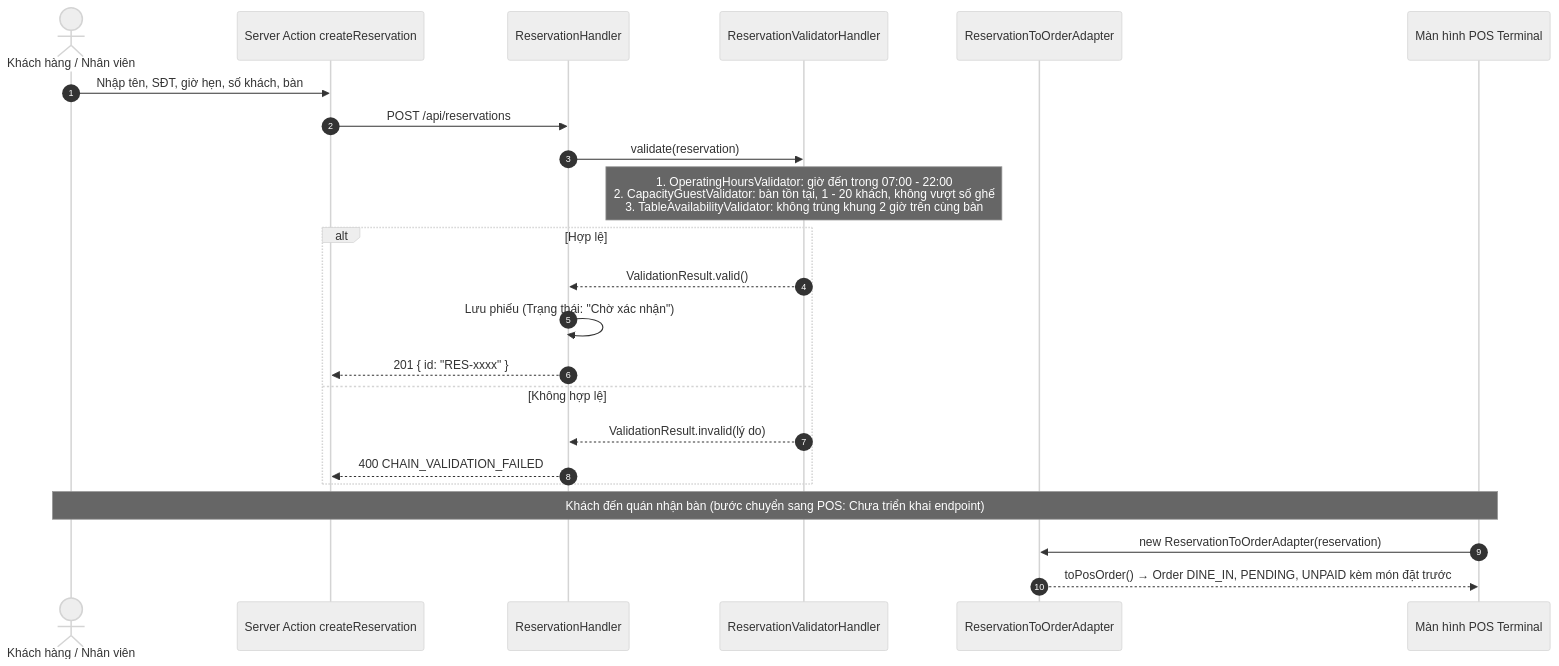
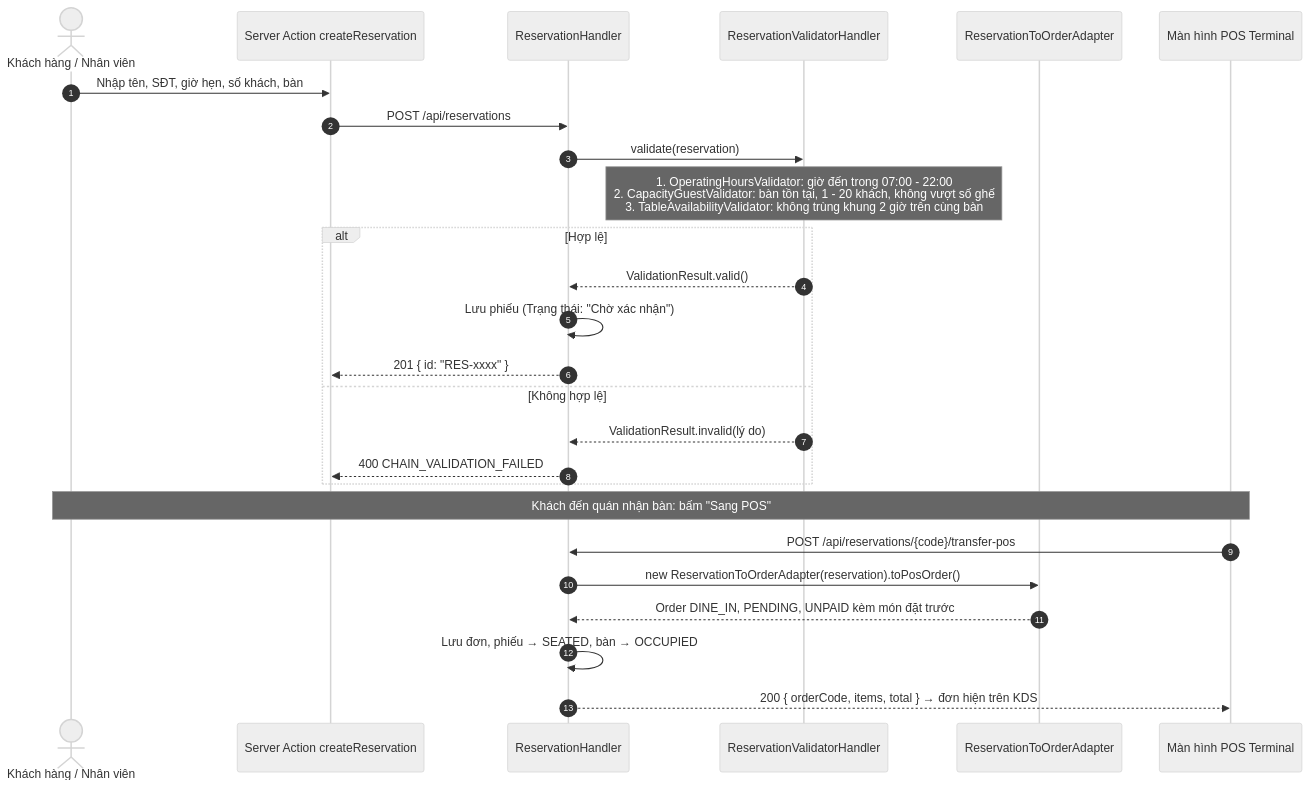
Before and after one commit to HubertPhung/WebQuanLyQuanCafe-DesignPatterns: the third of 3 diagrams in docs/ARCHITECTURE.md, drawn with Mermaid (neutral theme). The commit also changed other lines of this file and 7 other files, not shown here.

First line of the commit message:
docs: mark POS customizations and reservation transfer as implemented

````diff
--- a/docs/ARCHITECTURE.md
+++ b/docs/ARCHITECTURE.md
@@ -180,29 +182,32 @@
 ```mermaid
 sequenceDiagram
     autonumber
     actor Customer as Khách hàng / Nhân viên
     participant WebUI as Server Action createReservation
     participant Handler as ReservationHandler
     participant Chain as ReservationValidatorHandler
     participant Adapter as ReservationToOrderAdapter
     participant PosUI as Màn hình POS Terminal
 
     Customer->>WebUI: Nhập tên, SĐT, giờ hẹn, số khách, bàn
     WebUI->>Handler: POST /api/reservations
     Handler->>Chain: validate(reservation)
 
     Note over Chain: 1. OperatingHoursValidator: giờ đến trong 07:00 - 22:00<br/>2. CapacityGuestValidator: bàn tồn tại, 1 - 20 khách, không vượt số ghế<br/>3. TableAvailabilityValidator: không trùng khung 2 giờ trên cùng bàn
 
     alt Hợp lệ
         Chain-->>Handler: ValidationResult.valid()
         Handler->>Handler: Lưu phiếu (Trạng thái: "Chờ xác nhận")
         Handler-->>WebUI: 201 { id: "RES-xxxx" }
     else Không hợp lệ
         Chain-->>Handler: ValidationResult.invalid(lý do)
         Handler-->>WebUI: 400 CHAIN_VALIDATION_FAILED
     end
 
-    Note over Customer,PosUI: Khách đến quán nhận bàn (bước chuyển sang POS: Chưa triển khai endpoint)
-    PosUI->>Adapter: new ReservationToOrderAdapter(reservation)
-    Adapter-->>PosUI: toPosOrder() → Order DINE_IN, PENDING, UNPAID kèm món đặt trước
+    Note over Customer,PosUI: Khách đến quán nhận bàn: bấm "Sang POS"
+    PosUI->>Handler: POST /api/reservations/{code}/transfer-pos
+    Handler->>Adapter: new ReservationToOrderAdapter(reservation).toPosOrder()
+    Adapter-->>Handler: Order DINE_IN, PENDING, UNPAID kèm món đặt trước
+    Handler->>Handler: Lưu đơn, phiếu → SEATED, bàn → OCCUPIED
+    Handler-->>PosUI: 200 { orderCode, items, total } → đơn hiện trên KDS
 ```
````
